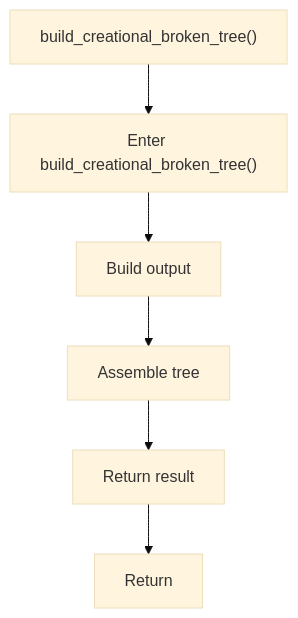
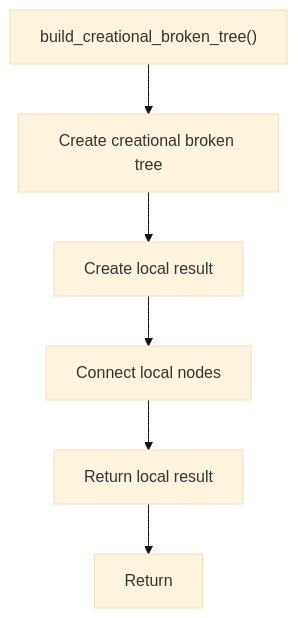
One commit to JohnAndrewBalbarosa/NeoTerritory changed the diagram in docs/Codebase/Microservice/Modules/Source/Trees/ClassGeneration/VirtualBroken/Creational/Flow/functions/build_creational_broken_tree.cpp.md. Above: the diagram before and after it, drawn with Mermaid (base theme). The commit also changed other lines of this file and 915 other files, not shown here.

````diff
--- a/docs/Codebase/Microservice/Modules/Source/Trees/ClassGeneration/VirtualBroken/Creational/Flow/functions/build_creational_broken_tree.cpp.md
+++ b/docs/Codebase/Microservice/Modules/Source/Trees/ClassGeneration/VirtualBroken/Creational/Flow/functions/build_creational_broken_tree.cpp.md
@@ -18,14 +18,14 @@
 ```mermaid
 flowchart TD
     Start["build_creational_broken_tree()"]
-    N0["Enter build_creational_broken_tree()"]
-    N1["Build output"]
-    N2["Assemble tree"]
-    N3["Return result"]
+    N0["Create creational broken tree"]
+    N1["Create local result"]
+    N2["Connect local nodes"]
+    N3["Return local result"]
     End["Return"]
     Start --> N0
     N0 --> N1
     N1 --> N2
     N2 --> N3
     N3 --> End
 ```
````
